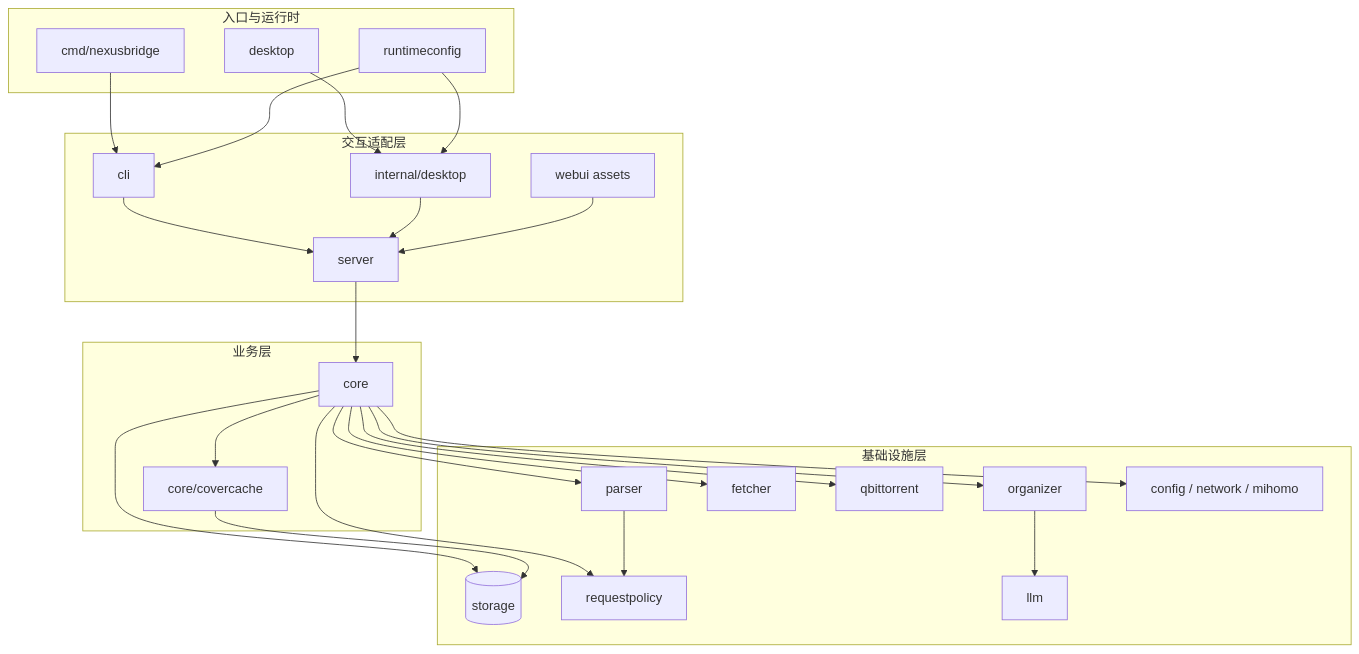
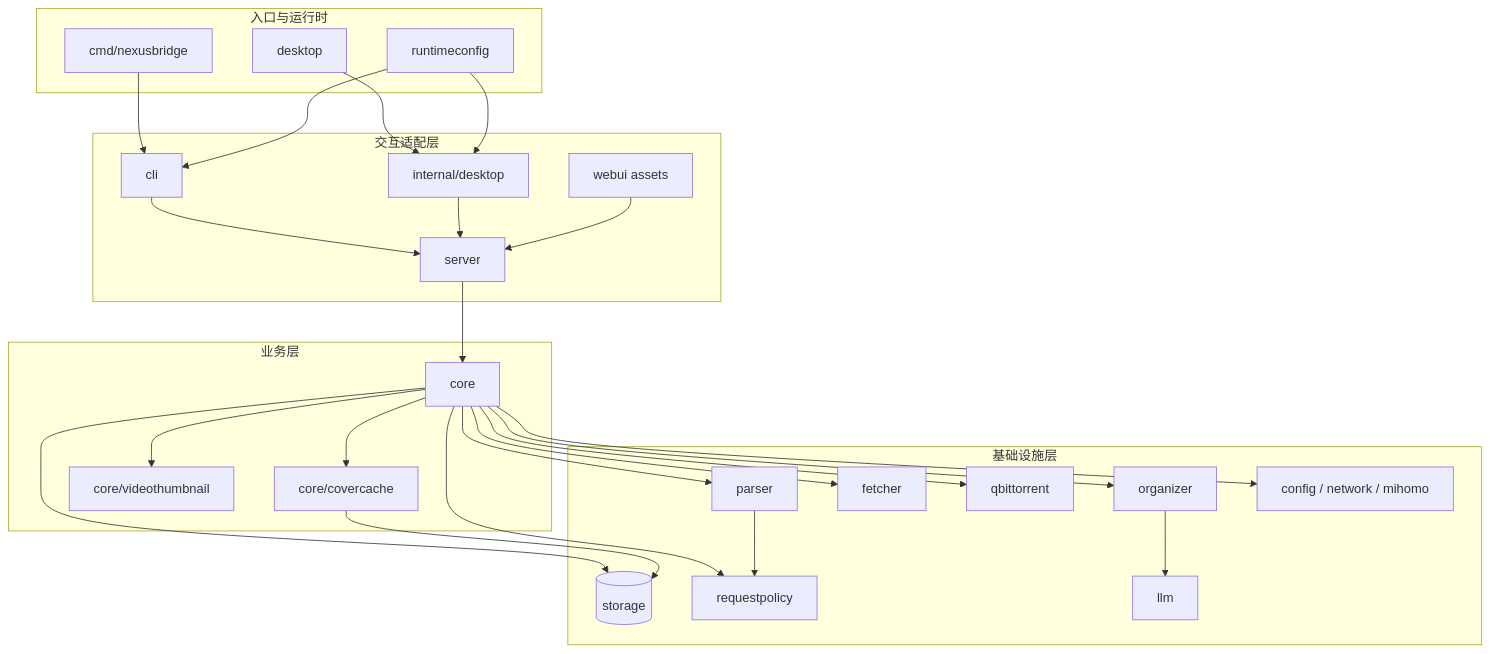
Before and after one commit to Huffer342-WSH/NexusBridge: the second of 8 diagrams in docs/architecture.md, drawn with Mermaid. The commit also changed other lines of this file and 32 other files, not shown here.

Commit message:
feat: 新增视频文件缩略图生成与显示

````diff
--- a/docs/architecture.md
+++ b/docs/architecture.md
@@ -48,52 +48,54 @@
 ```mermaid
 flowchart TB
     subgraph Entry[入口与运行时]
         Cmd[cmd/nexusbridge]
         DesktopMain[desktop]
         Runtime[runtimeconfig]
     end
 
     subgraph Adapter[交互适配层]
         CLIAdapter[cli]
         HTTP[server]
         DesktopAdapter[internal/desktop]
         WebAssets[webui assets]
     end
 
     subgraph Domain[业务层]
         Core[core]
         CoverCache[core/covercache]
+        ThumbnailCache[core/videothumbnail]
     end
 
     subgraph Infra[基础设施层]
         Storage[(storage)]
         Parser[parser]
         Fetcher[fetcher]
         Policy[requestpolicy]
         QBClient[qbittorrent]
         Organizer[organizer]
         LLMClient[llm]
         Config[config / network / mihomo]
     end
 
     Cmd --> CLIAdapter
     DesktopMain --> DesktopAdapter
     Runtime --> CLIAdapter
     Runtime --> DesktopAdapter
     CLIAdapter --> HTTP
     DesktopAdapter --> HTTP
     HTTP --> Core
     WebAssets --> HTTP
 
     Core --> CoverCache
+    Core --> ThumbnailCache
     Core --> Storage
     Core --> Parser
     Core --> Fetcher
     Core --> Policy
     Core --> QBClient
     Core --> Organizer
     Core --> Config
     CoverCache --> Storage
     Organizer --> LLMClient
     Parser --> Policy
 ```
````
